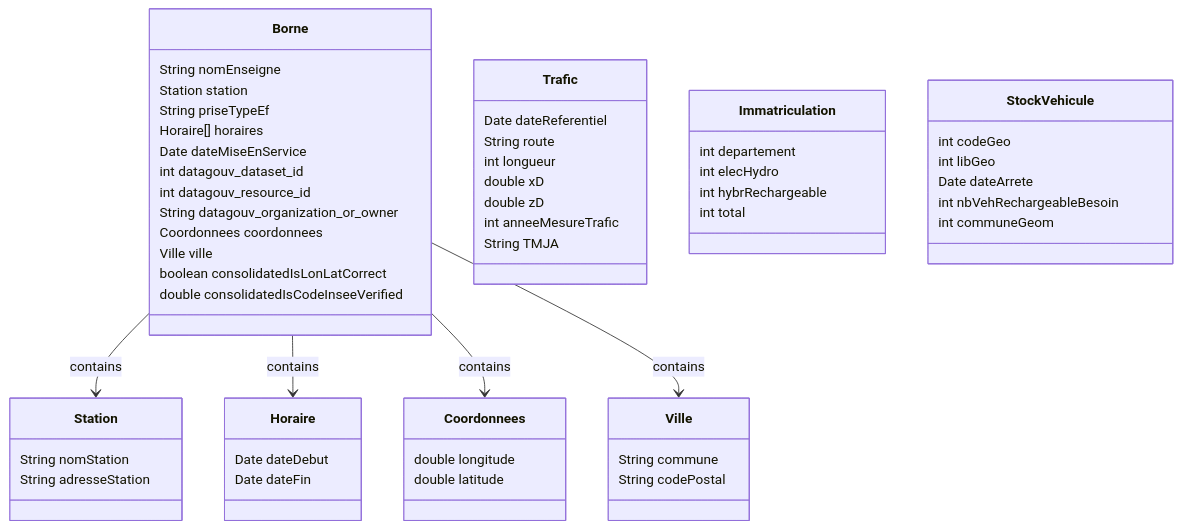
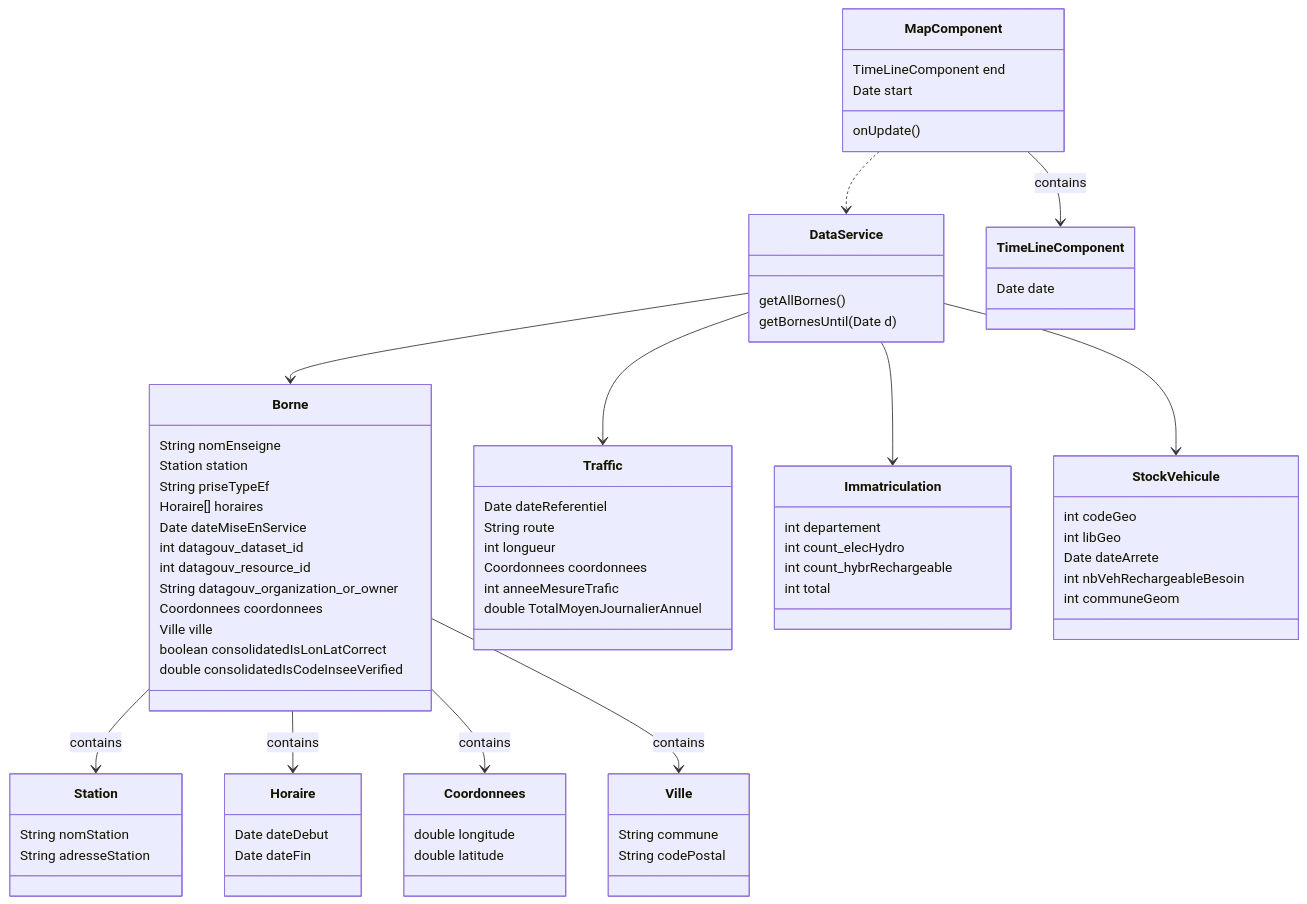
The diagram in Classes.md (ESIR2-PROJECT/RENDUS), drawn with Mermaid before and after one commit.

Commit message:
📝 finish diagram class

````diff
--- a/Classes.md
+++ b/Classes.md
@@ -3,5 +3,23 @@
 ```mermaid
+
 classDiagram
+
+class DataService {
+    getAllBornes()
+    getBornesUntil(Date d)
+}
+
+class TimeLineComponent {
+    Date date
+}
+
+class MapComponent {
+    TimeLineComponent end
+    Date start
+
+    onUpdate()
+}
+
 class Borne {
     String nomEnseigne
     Station station
@@ -32,19 +50,18 @@
     String commune
     String codePostal
 }
-class Trafic {
+class Traffic {
     Date dateReferentiel
     String route
     int longueur
-    double xD
-    double zD
+    Coordonnees coordonnees
     int anneeMesureTrafic
-    String TMJA
+    double TotalMoyenJournalierAnnuel
 }
 class Immatriculation {
     int departement
-    int elecHydro
-    int hybrRechargeable
+    int count_elecHydro
+    int count_hybrRechargeable
     int total
 }
 class StockVehicule {
@@ -58,4 +75,13 @@
 Borne --> Horaire : contains
 Borne --> Coordonnees : contains
 Borne --> Ville : contains
+
+DataService --> Borne
+DataService --> Traffic
+DataService --> Immatriculation
+DataService --> StockVehicule
+
+MapComponent ..> DataService
+MapComponent --> TimeLineComponent : contains
+
 ```
````
